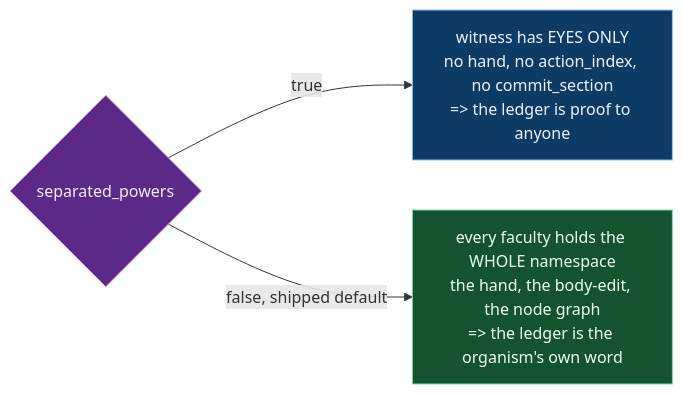
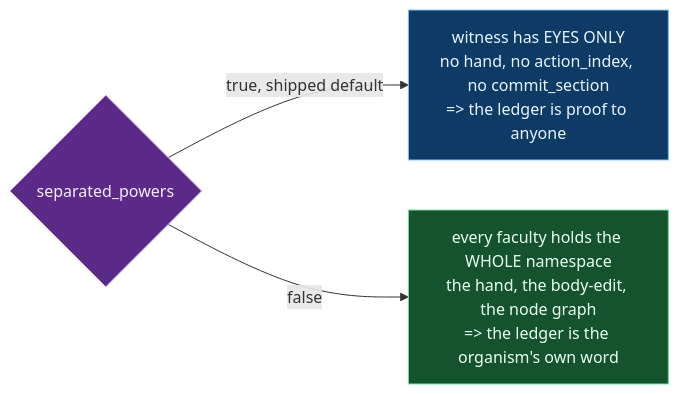
The sixth of 10 diagrams in README.md (wgabrys88/endgame-ai), drawn with Mermaid before and after one commit. The commit also changed other lines of this file and 1 other file, not shown here.

````diff
--- a/README.md
+++ b/README.md
@@ -204,9 +204,9 @@
 ```mermaid
 flowchart LR
     F{separated_powers}
-    F -->|true| S["witness has EYES ONLY<br/>no hand, no action_index, no commit_section<br/>=> the ledger is proof to anyone"]
-    F -->|false, shipped default| D["every faculty holds the WHOLE namespace<br/>the hand, the body-edit, the node graph<br/>=> the ledger is the organism's own word"]
+    F -->|true, shipped default| S["witness has EYES ONLY<br/>no hand, no action_index, no commit_section<br/>=> the ledger is proof to anyone"]
+    F -->|false| D["every faculty holds the WHOLE namespace<br/>the hand, the body-edit, the node graph<br/>=> the ledger is the organism's own word"]
     style F fill:#5b2a86,stroke:#d7a9ff,color:#f6ecff
     style S fill:#0d3b66,stroke:#87c1ff,color:#eaf3ff
     style D fill:#14532d,stroke:#7be0a6,color:#eafff2
 ```
````
